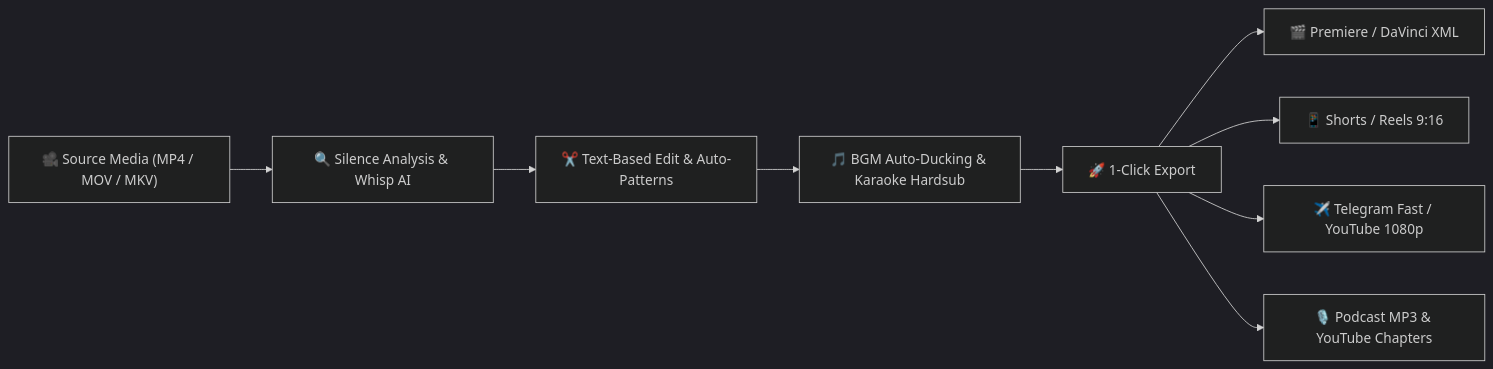
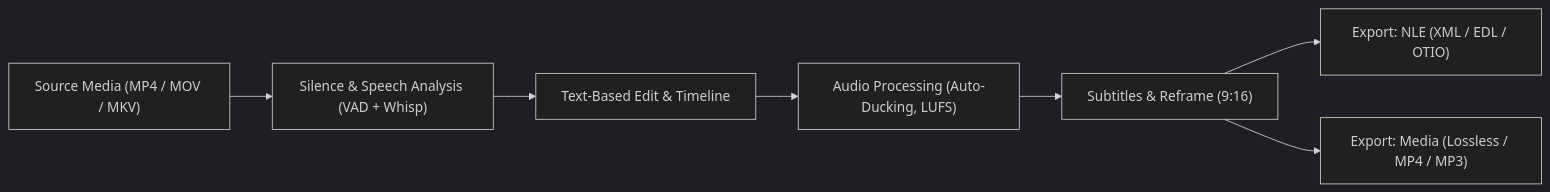
One commit to DmitryLeLeE/whisp_desk changed the diagram in README.en.md. Above: the diagram before and after it, drawn with Mermaid (dark theme). The commit also changed other lines of this file and 1 other file, not shown here.

````diff
--- a/README.en.md
+++ b/README.en.md
@@ -38,11 +38,9 @@
 ```mermaid
-graph LR
-    A["🎥 Source Media (MP4 / MOV / MKV)"] --> B["🔍 Silence Analysis & Whisp AI"]
-    B --> C["✂️ Text-Based Edit & Auto-Patterns"]
-    C --> D["🎵 BGM Auto-Ducking & Karaoke Hardsub"]
-    D --> E["🚀 1-Click Export"]
-    E --> F["🎬 Premiere / DaVinci XML"]
-    E --> G["📱 Shorts / Reels 9:16"]
-    E --> H["✈️ Telegram Fast / YouTube 1080p"]
-    E --> I["🎙️ Podcast MP3 & YouTube Chapters"]
+flowchart LR
+    A["Source Media (MP4 / MOV / MKV)"] --> B["Silence & Speech Analysis (VAD + Whisp)"]
+    B --> C["Text-Based Edit & Timeline"]
+    C --> D["Audio Processing (Auto-Ducking, LUFS)"]
+    D --> E["Subtitles & Reframe (9:16)"]
+    E --> F["Export: NLE (XML / EDL / OTIO)"]
+    E --> G["Export: Media (Lossless / MP4 / MP3)"]
 ```
````
